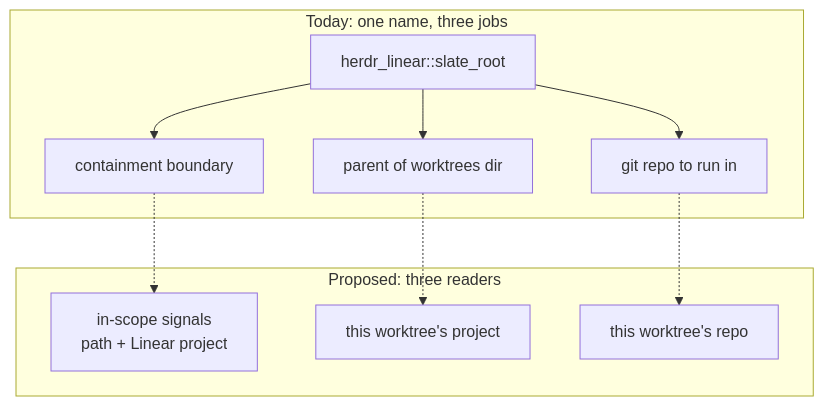
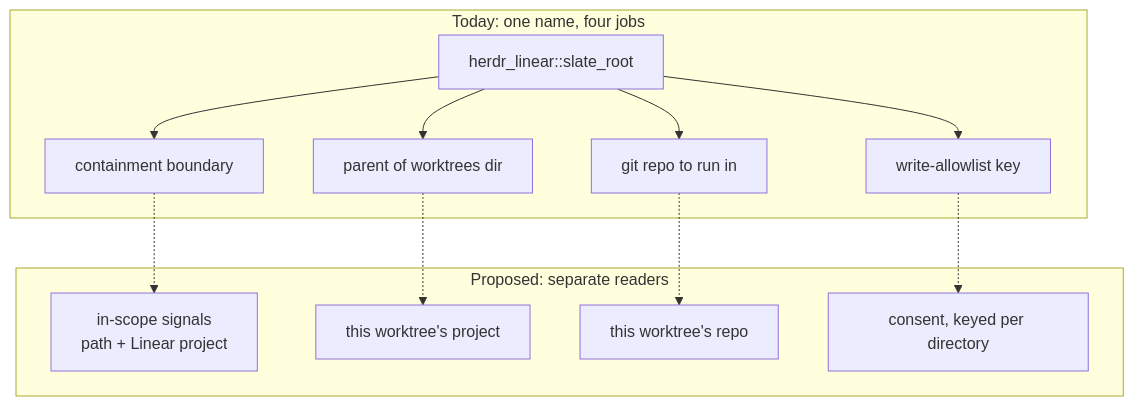
The first of 2 diagrams in docs/plans/2026-09-08-2020-refactor-work-plugin-act-or-ask-plan.md (shawnroos/shrimpshack), drawn with Mermaid before and after one commit. The commit also changed other lines of this file, not shown here.

First line of the commit message:
docs: close four gaps before wave 2

````diff
--- a/docs/plans/2026-09-08-2020-refactor-work-plugin-act-or-ask-plan.md
+++ b/docs/plans/2026-09-08-2020-refactor-work-plugin-act-or-ask-plan.md
@@ -52,17 +52,20 @@
 ```mermaid
 flowchart TB
-  subgraph now["Today: one name, three jobs"]
+  subgraph now["Today: one name, four jobs"]
     SR["herdr_linear::slate_root"]
     SR --> J1["containment boundary"]
     SR --> J2["parent of worktrees dir"]
     SR --> J3["git repo to run in"]
+    SR --> J4["write-allowlist key"]
   end
-  subgraph next["Proposed: three readers"]
+  subgraph next["Proposed: separate readers"]
     P1["in-scope signals<br/>path + Linear project"]
     P2["this worktree's project"]
     P3["this worktree's repo"]
+    P4["consent, keyed per directory"]
   end
   J1 -.-> P1
   J2 -.-> P2
   J3 -.-> P3
+  J4 -.-> P4
 ```
````
